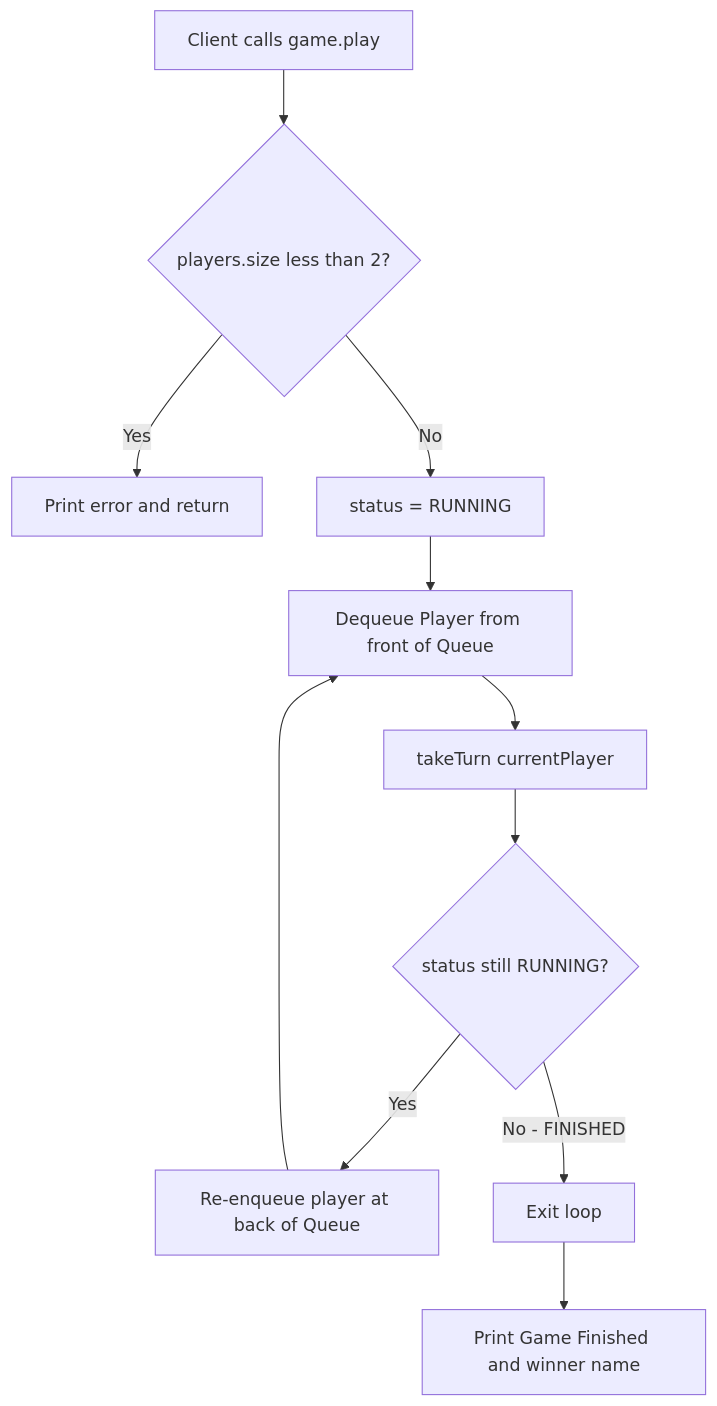
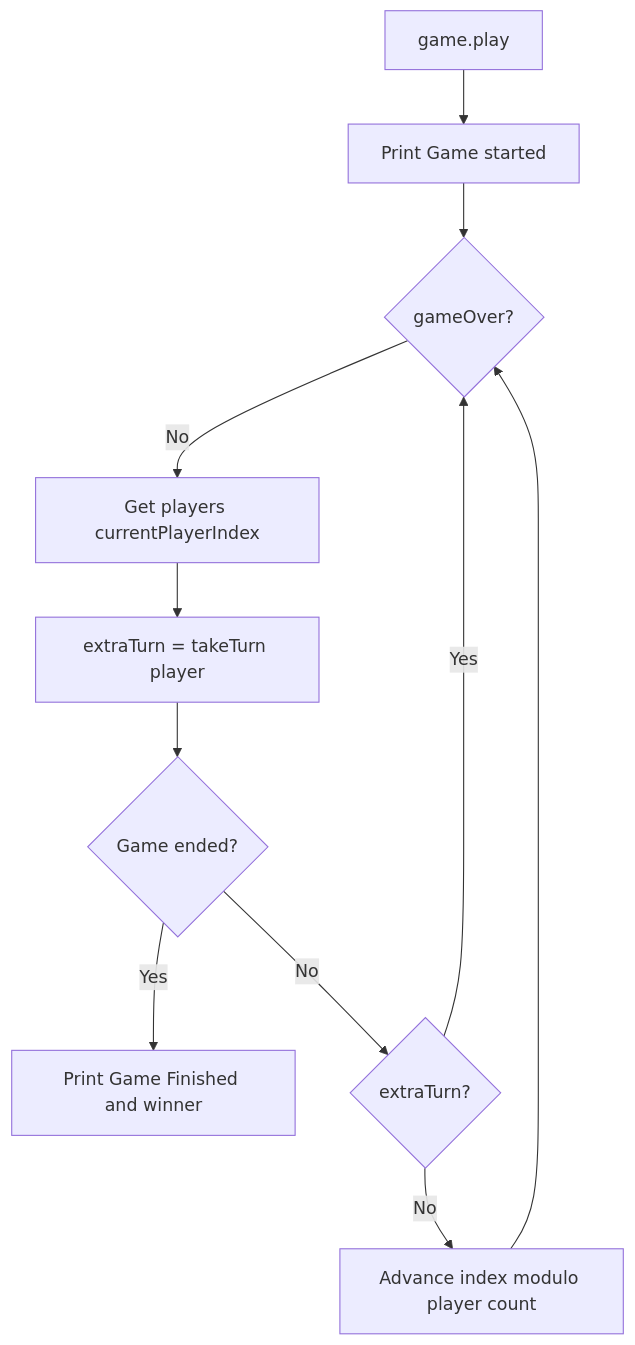
The second of 3 diagrams in solutions/java/src/snakeandladdergame/SnakeAndLadderLLD.md (bhargavtenali/awesome-low-level-design), drawn with Mermaid before and after one commit. The commit also changed other lines of this file and 12 other files, not shown here.

````diff
--- a/solutions/java/src/snakeandladdergame/SnakeAndLadderLLD.md
+++ b/solutions/java/src/snakeandladdergame/SnakeAndLadderLLD.md
@@ -144,13 +156,13 @@
 ```mermaid
-graph TD
-    A[Client calls game.play] --> B{players.size less than 2?}
-    B -->|Yes| C[Print error and return]
-    B -->|No| D[status = RUNNING]
-    D --> E[Dequeue Player from front of Queue]
-    E --> F[takeTurn currentPlayer]
-    F --> G{status still RUNNING?}
-    G -->|Yes| H[Re-enqueue player at back of Queue]
-    H --> E
-    G -->|No - FINISHED| I[Exit loop]
-    I --> J[Print Game Finished and winner name]
+flowchart TD
+    A[game.play] --> B[Print Game started]
+    B --> C{gameOver?}
+    C -->|No| D[Get players currentPlayerIndex]
+    D --> E[extraTurn = takeTurn player]
+    E --> F{Game ended?}
+    F -->|Yes| G[Print Game Finished and winner]
+    F -->|No| H{extraTurn?}
+    H -->|Yes| C
+    H -->|No| I[Advance index modulo player count]
+    I --> C
 ```
````
